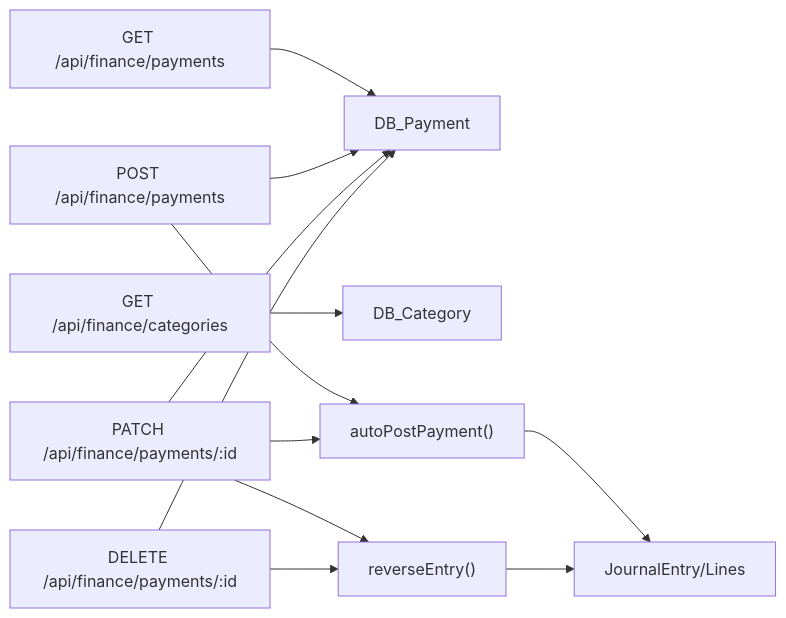
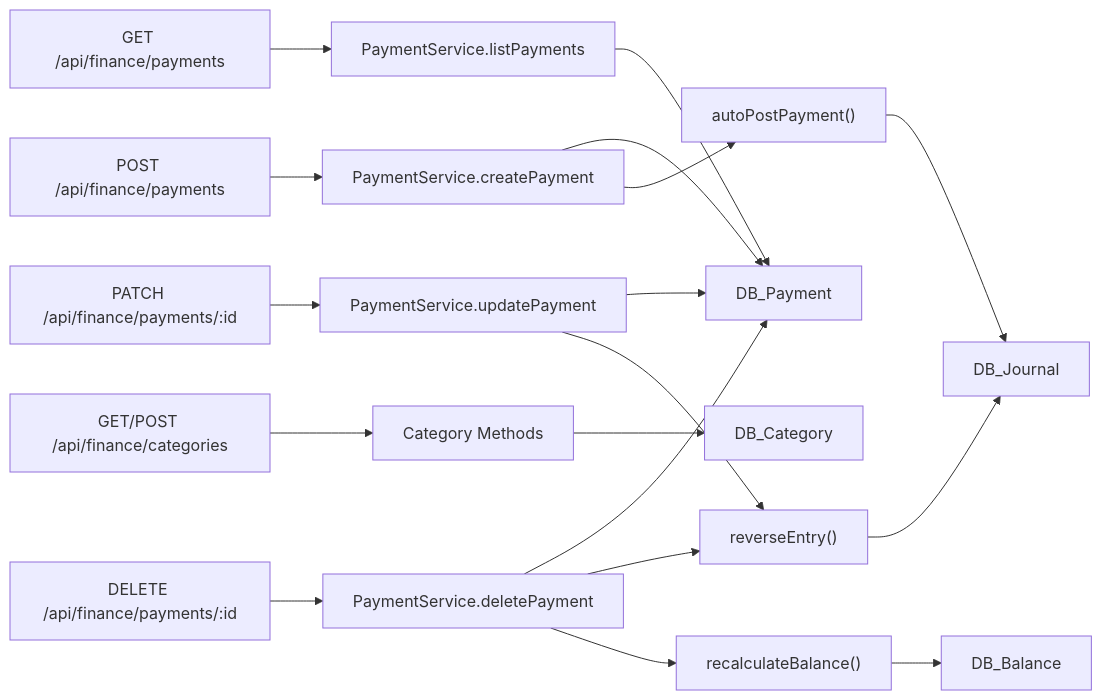
The fifth of 5 diagrams in .qoder/repowiki/en/content/Finance Module/Payment Processing.md (nzey11/erp-new), drawn with Mermaid before and after one commit. The commit also changed other lines of this file and 46 other files, not shown here.

````diff
--- a/.qoder/repowiki/en/content/Finance Module/Payment Processing.md
+++ b/.qoder/repowiki/en/content/Finance Module/Payment Processing.md
@@ -356,14 +372,20 @@
 ```mermaid
 graph LR
-API_List["GET /api/finance/payments"] --> DB_Payment
-API_Create["POST /api/finance/payments"] --> DB_Payment
-API_Update["PATCH /api/finance/payments/:id"] --> DB_Payment
-API_Delete["DELETE /api/finance/payments/:id"] --> DB_Payment
-API_Categories["GET /api/finance/categories"] --> DB_Category
-API_Create --> J_Auto["autoPostPayment()"]
-API_Update --> J_Reverse["reverseEntry()"]
-API_Update --> J_Auto
-API_Delete --> J_Reverse
-J_Auto --> DB_Journal["JournalEntry/Lines"]
+API_List["GET /api/finance/payments"] --> PS_List["PaymentService.listPayments"]
+API_Create["POST /api/finance/payments"] --> PS_Create["PaymentService.createPayment"]
+API_Update["PATCH /api/finance/payments/:id"] --> PS_Update["PaymentService.updatePayment"]
+API_Delete["DELETE /api/finance/payments/:id"] --> PS_Delete["PaymentService.deletePayment"]
+API_Categories["GET/POST /api/finance/categories"] --> PS_Categories["Category Methods"]
+PS_List --> DB_Payment
+PS_Create --> DB_Payment
+PS_Update --> DB_Payment
+PS_Delete --> DB_Payment
+PS_Categories --> DB_Category
+PS_Update --> J_Reverse["reverseEntry()"]
+PS_Create --> J_Post["autoPostPayment()"]
+PS_Delete --> J_Reverse
+PS_Delete --> Recalc["recalculateBalance()"]
+J_Post --> DB_Journal
 J_Reverse --> DB_Journal
+Recalc --> DB_Balance
 ```
````
